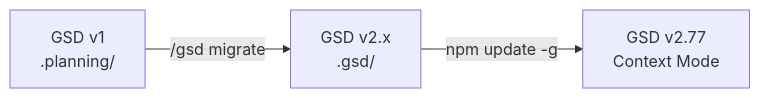
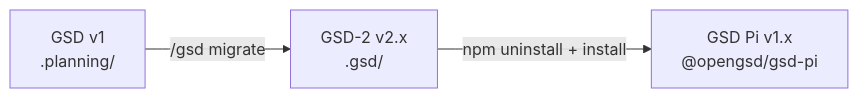
Diagram 15 of 16 in content/posts/教學/AI開發/GSD-2教學手冊.md (chihhung/Blog), drawn with Mermaid before and after one commit. The commit also changed other lines of this file and 12 other files, not shown here.

````diff
--- a/content/posts/教學/AI開發/GSD-2教學手冊.md
+++ b/content/posts/教學/AI開發/GSD-2教學手冊.md
@@ -2538,5 +2826,5 @@
 ```mermaid
 graph LR
-    V1[GSD v1<br/>.planning/] -->|/gsd migrate| V2[GSD v2.x<br/>.gsd/]
-    V2 -->|npm update -g| V277[GSD v2.77<br/>Context Mode]
+    V1[GSD v1<br/>.planning/] -->|/gsd migrate| V2[GSD-2 v2.x<br/>.gsd/]
+    V2 -->|npm uninstall + install| V3[GSD Pi v1.x<br/>@opengsd/gsd-pi]
 ```
````
